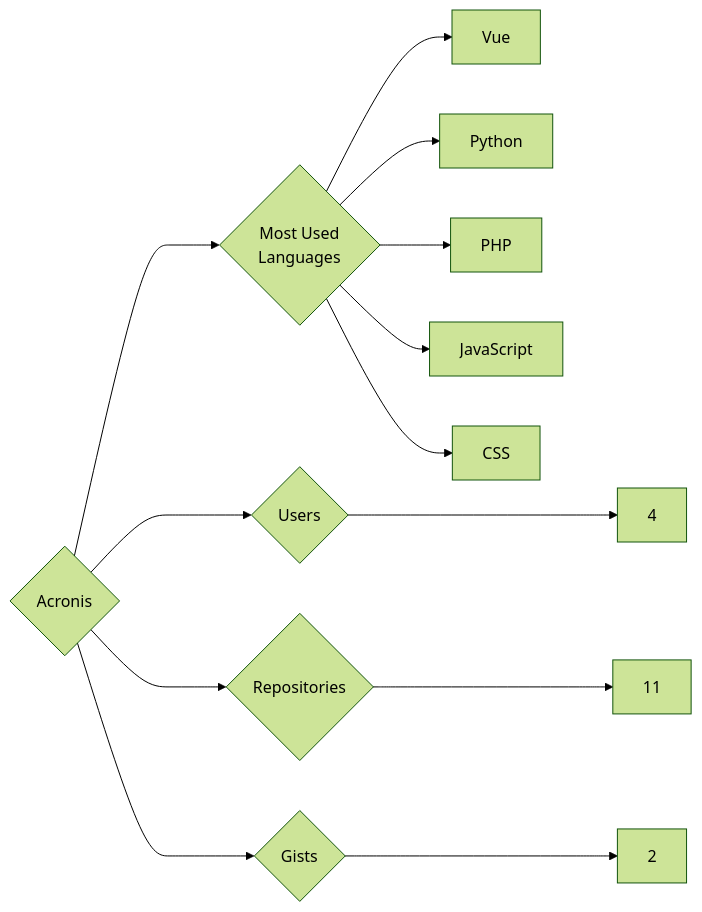
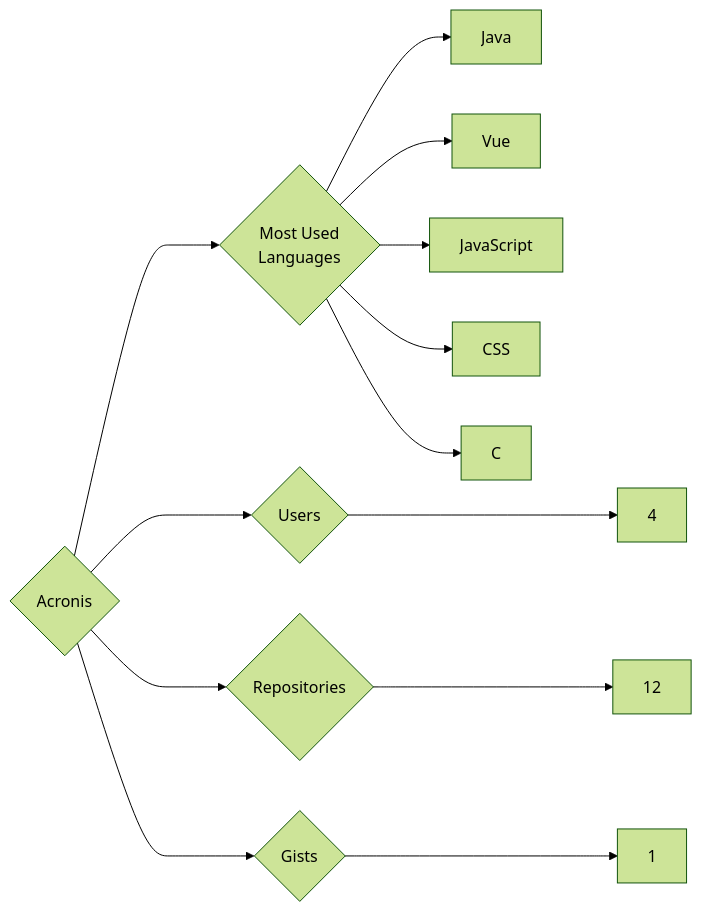
Before and after one commit to trickest/insiders: the diagram in targets/Acronis/README.md, drawn with Mermaid (forest theme). The commit also changed 933 other files, not shown here.

````diff
--- a/targets/Acronis/README.md
+++ b/targets/Acronis/README.md
@@ -3,13 +3,13 @@
 ```mermaid
 graph LR
 COMPANY_NAME{Acronis}
 COMPANY_NAME ---> U{Users} ---> UN[4]
-COMPANY_NAME ---> R{Repositories} ---> RN[11]
-COMPANY_NAME ---> G{Gists} ---> GN[2]
+COMPANY_NAME ---> R{Repositories} ---> RN[12]
+COMPANY_NAME ---> G{Gists} ---> GN[1]
 COMPANY_NAME ---> ML{Most Used<br>Languages}
+ML --> Java[Java]
 ML --> Vue[Vue]
-ML --> Python[Python]
-ML --> PHP[PHP]
 ML --> JavaScript[JavaScript]
 ML --> CSS[CSS]
+ML --> C[C]
 ```
````
